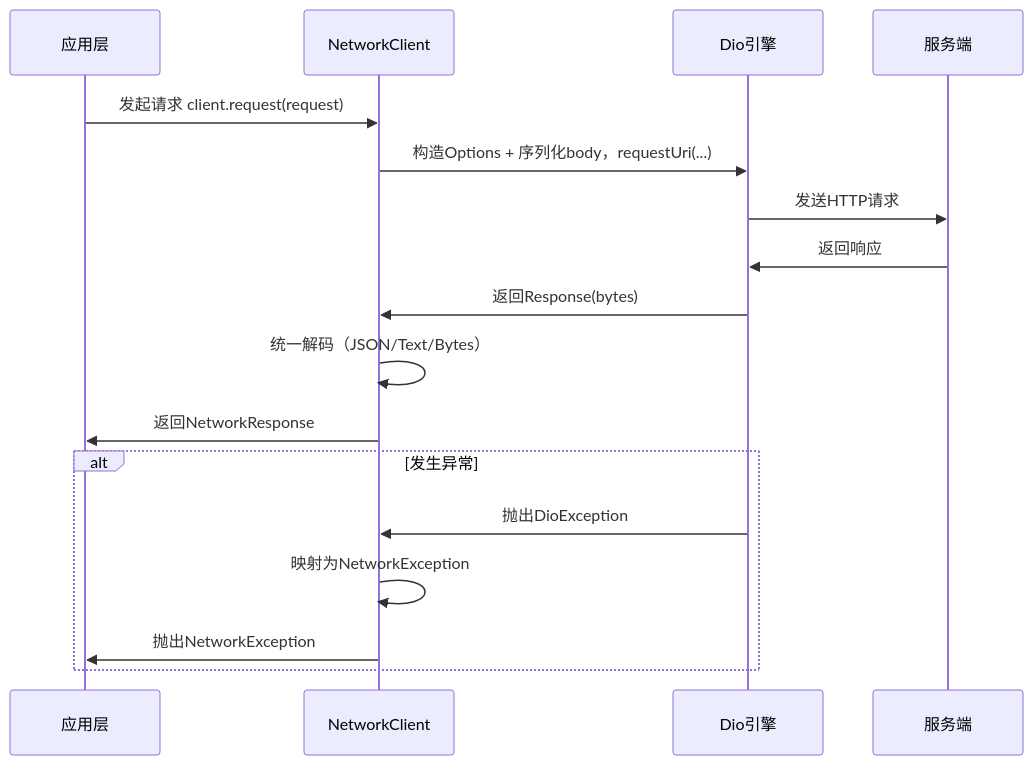
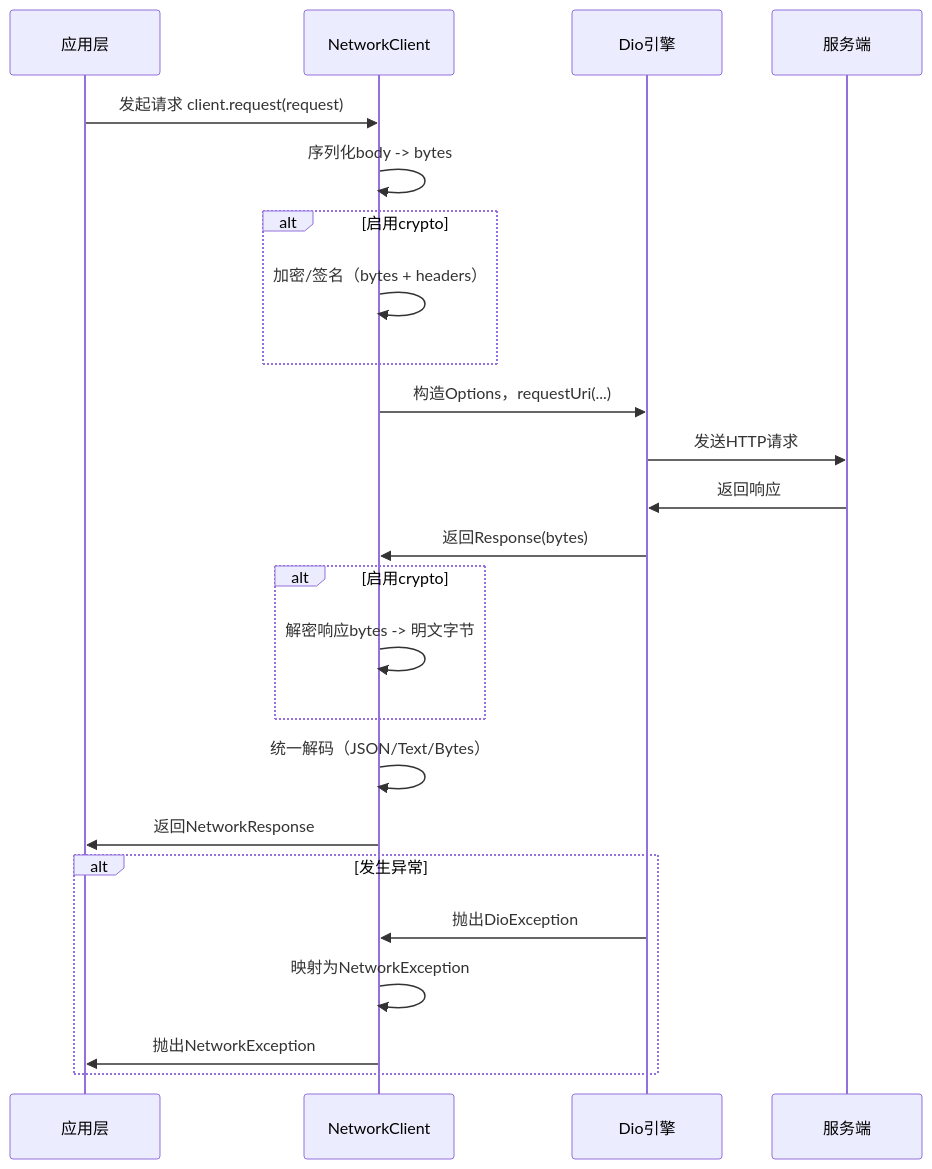
The diagram in packages/scaffold_core/lib/core_network/README.md (cici-433/flutter-cli), drawn with Mermaid before and after one commit. The commit also changed other lines of this file and 3 other files, not shown here.

````diff
--- a/packages/scaffold_core/lib/core_network/README.md
+++ b/packages/scaffold_core/lib/core_network/README.md
@@ -298,21 +353,28 @@
 ```mermaid
 sequenceDiagram
     participant App as 应用层
     participant NC as NetworkClient
     participant DIO as Dio引擎
     participant S as 服务端
 
     App->>NC: 发起请求 client.request(request)
-    NC->>DIO: 构造Options + 序列化body，requestUri(...)
+    NC->>NC: 序列化body -> bytes
+    alt 启用crypto
+      NC->>NC: 加密/签名（bytes + headers）
+    end
+    NC->>DIO: 构造Options，requestUri(...)
     DIO->>S: 发送HTTP请求
     S->>DIO: 返回响应
     DIO->>NC: 返回Response(bytes)
+    alt 启用crypto
+      NC->>NC: 解密响应bytes -> 明文字节
+    end
     NC->>NC: 统一解码（JSON/Text/Bytes）
     NC->>App: 返回NetworkResponse
 
     alt 发生异常
       DIO->>NC: 抛出DioException
       NC->>NC: 映射为NetworkException
       NC->>App: 抛出NetworkException
     end
 ```
````
